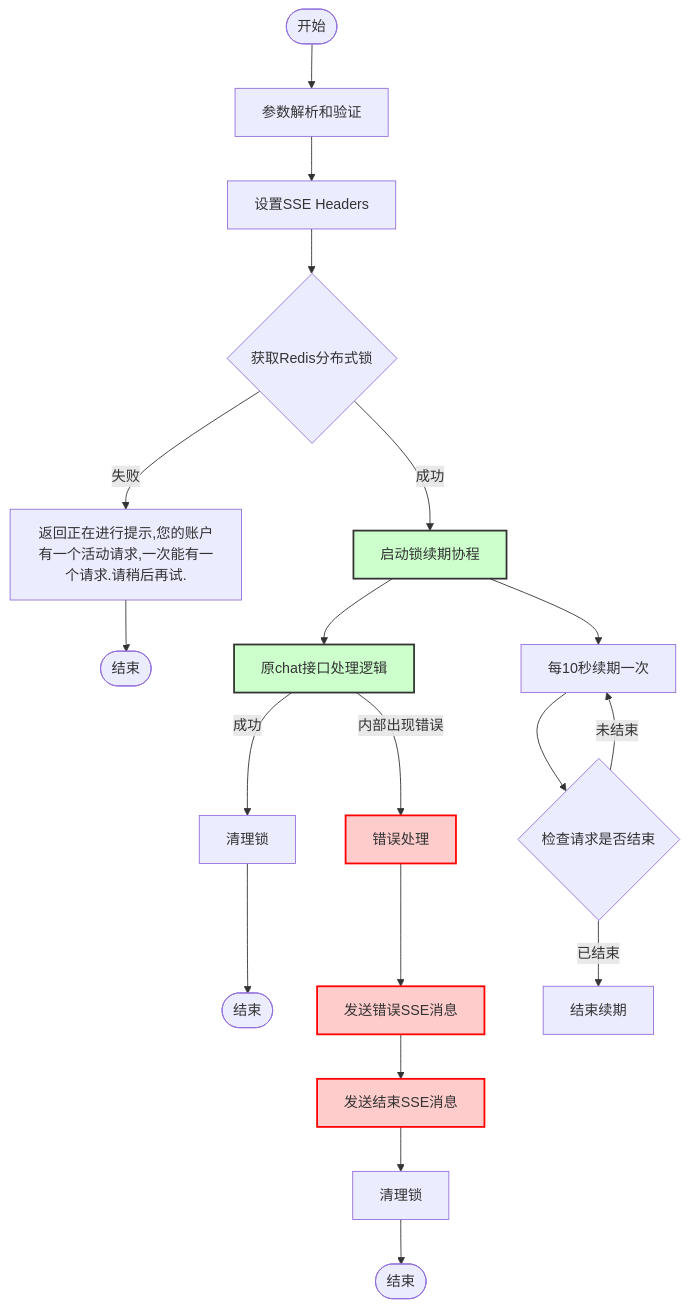
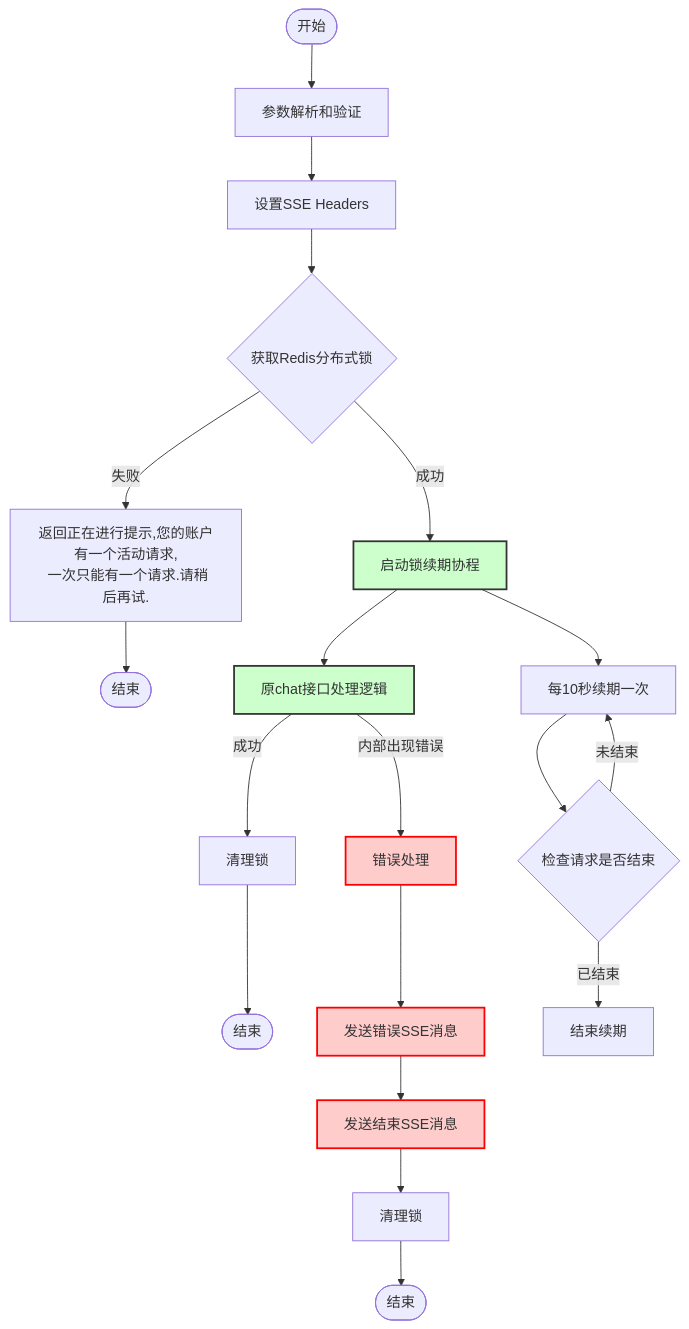
One commit to yingjianzh/iodraw-files changed the diagram in all/未命名-15.md. Above: the diagram before and after it, drawn with Mermaid.

Commit message:
2025-01-02 17:48:16 update

````diff
--- a/all/未命名-15.md
+++ b/all/未命名-15.md
@@ -1,34 +1,34 @@
 ```mermaid
 flowchart TD
     Start([开始]) --> A[参数解析和验证]
     A --> B[设置SSE Headers]
     B --> C{获取Redis分布式锁}
     
-    C -->|失败| D[返回正在进行提示,您的账户有一个活动请求,一次能有一个请求.请稍后再试.]
+    C -->|失败| D[返回正在进行提示,您的账户有一个活动请求,\n 一次只能有一个请求.请稍后再试.]
     D --> End1([结束])
     
     C -->|成功| E[启动锁续期协程]
     E --> F[原chat接口处理逻辑]
     
     F -->|内部出现错误| G[错误处理]
      %% 正常结束流程
     F -->|成功| N[清理锁]
     N --> End3([结束])
     
     %% 错误处理流程
     G --> K[发送错误SSE消息]
     K --> L[发送结束SSE消息]
     L --> M[清理锁]
     M --> End2([结束])
     
     %% 锁续期协程
     E --> O[每10秒续期一次]
     O --> P{检查请求是否结束}
     P -->|未结束| O
     P -->|已结束| Q[结束续期]
     
     classDef error fill:#ffcccc,stroke:#ff0000,stroke-width:2px
     classDef normal fill:#ccffcc,stroke:#333,stroke-width:2px
     class G,K,L error
     class E,F,I,J normal
 ```
````
